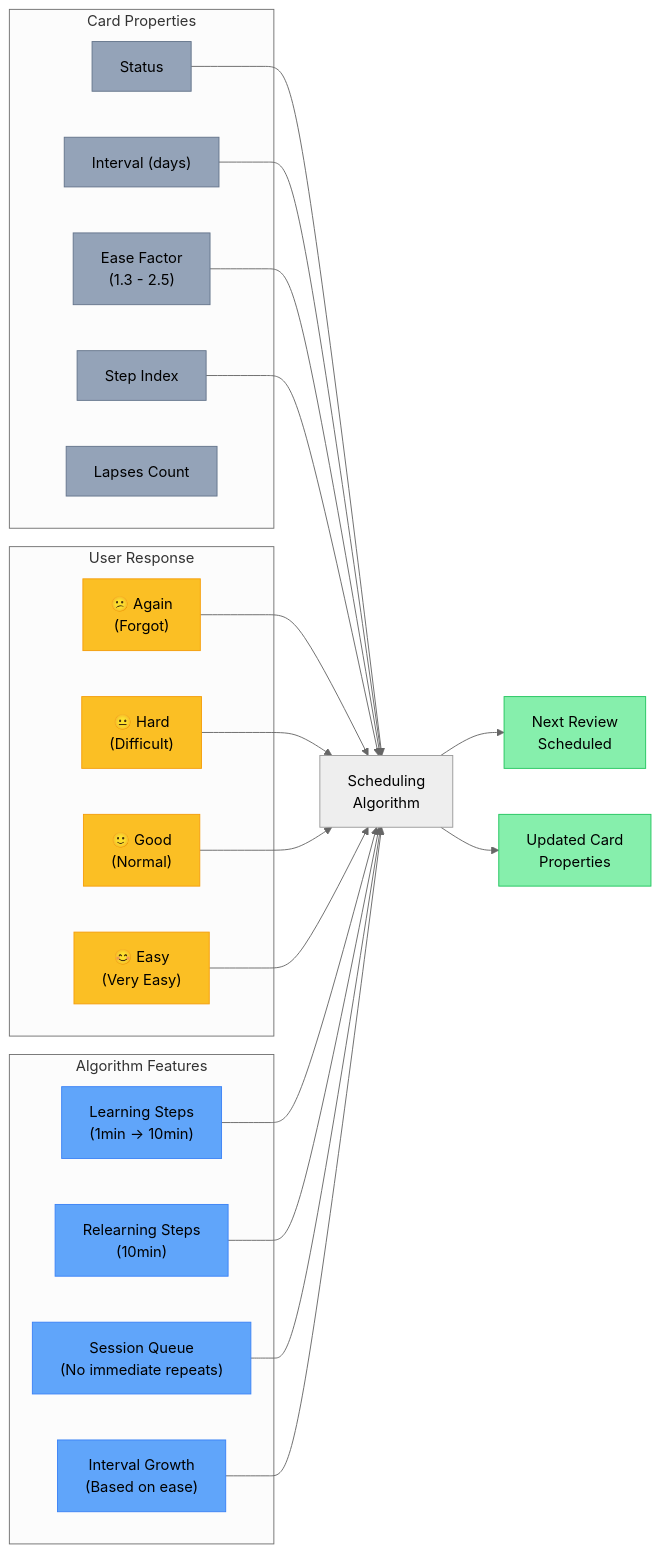
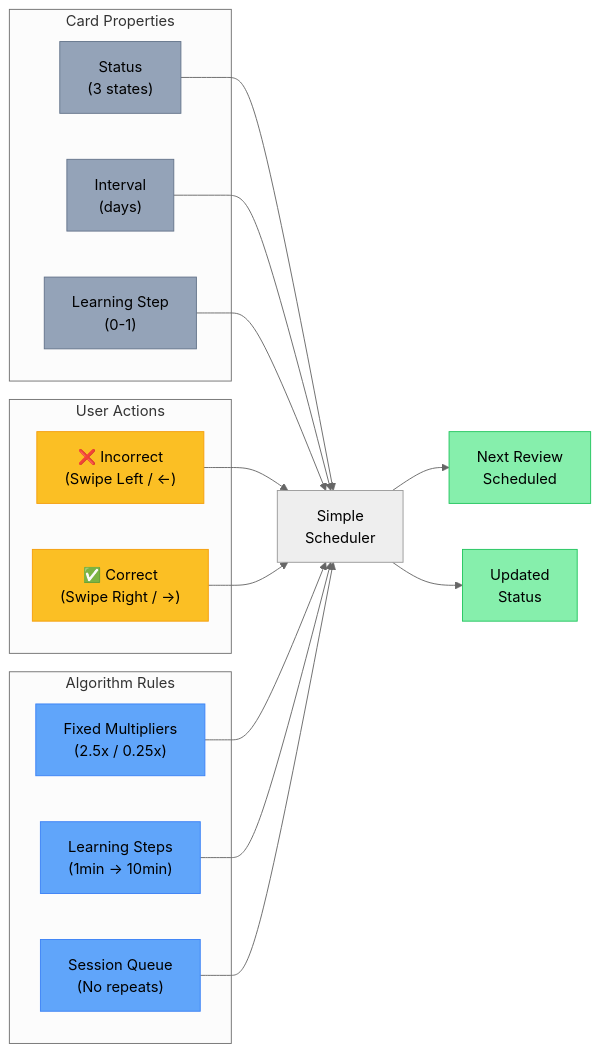
The second of 2 diagrams in README.md (loia5tqd001/duocards), drawn with Mermaid (neutral theme) before and after one commit. The commit also changed other lines of this file and 4 other files, not shown here.

````diff
--- a/README.md
+++ b/README.md
@@ -93,52 +79,43 @@
 ```mermaid
 graph LR
     subgraph "Card Properties"
-        Status["Status"]
-        Interval["Interval (days)"]
-        EaseFactor["Ease Factor<br/>(1.3 - 2.5)"]
-        StepIndex["Step Index"]
-        Lapses["Lapses Count"]
+        Status["Status<br/>(3 states)"]
+        Interval["Interval<br/>(days)"]
+        StepIndex["Learning Step<br/>(0-1)"]
     end
 
-    subgraph "User Response"
-        Again["😕 Again<br/>(Forgot)"]
-        Hard["😐 Hard<br/>(Difficult)"]
-        Good["🙂 Good<br/>(Normal)"]
-        Easy["😊 Easy<br/>(Very Easy)"]
+    subgraph "User Actions"
+        Incorrect["❌ Incorrect<br/>(Swipe Left / ←)"]
+        Correct["✅ Correct<br/>(Swipe Right / →)"]
     end
 
-    subgraph "Algorithm Features"
+    subgraph "Algorithm Rules"
+        Multiplier["Fixed Multipliers<br/>(2.5x / 0.25x)"]
         LearningSteps["Learning Steps<br/>(1min → 10min)"]
-        RelearningSteps["Relearning Steps<br/>(10min)"]
-        SessionQueue["Session Queue<br/>(No immediate repeats)"]
-        IntervalGrowth["Interval Growth<br/>(Based on ease)"]
+        SessionQueue["Session Queue<br/>(No repeats)"]
     end
 
-    Status --> Algorithm["Scheduling<br/>Algorithm"]
+    Status --> Algorithm["Simple<br/>Scheduler"]
     Interval --> Algorithm
-    EaseFactor --> Algorithm
     StepIndex --> Algorithm
 
-    Again --> Algorithm
-    Hard --> Algorithm
-    Good --> Algorithm
-    Easy --> Algorithm
+    Incorrect --> Algorithm
+    Correct --> Algorithm
 
     Algorithm --> NextReview["Next Review<br/>Scheduled"]
-    Algorithm --> UpdatedCard["Updated Card<br/>Properties"]
+    Algorithm --> UpdatedStatus["Updated<br/>Status"]
 
+    Multiplier --> Algorithm
     LearningSteps --> Algorithm
-    RelearningSteps --> Algorithm
     SessionQueue --> Algorithm
-    IntervalGrowth --> Algorithm
 
     classDef input fill:#94a3b8,stroke:#64748b,color:#000
-    classDef response fill:#fbbf24,stroke:#f59e0b,color:#000
-    classDef feature fill:#60a5fa,stroke:#3b82f6,color:#000
+    classDef action fill:#fbbf24,stroke:#f59e0b,color:#000
+    classDef rule fill:#60a5fa,stroke:#3b82f6,color:#000
     classDef output fill:#86efac,stroke:#22c55e,color:#000
 
-    class Status,Interval,EaseFactor,StepIndex,Lapses input
-    class Again,Hard,Good,Easy response
-    class LearningSteps,RelearningSteps,SessionQueue,IntervalGrowth feature
-    class NextReview,UpdatedCard output
+    class Status,Interval,StepIndex input
+    class Incorrect,Correct action
+    class Multiplier,LearningSteps,SessionQueue rule
+    class NextReview,UpdatedStatus output
 ```
````
